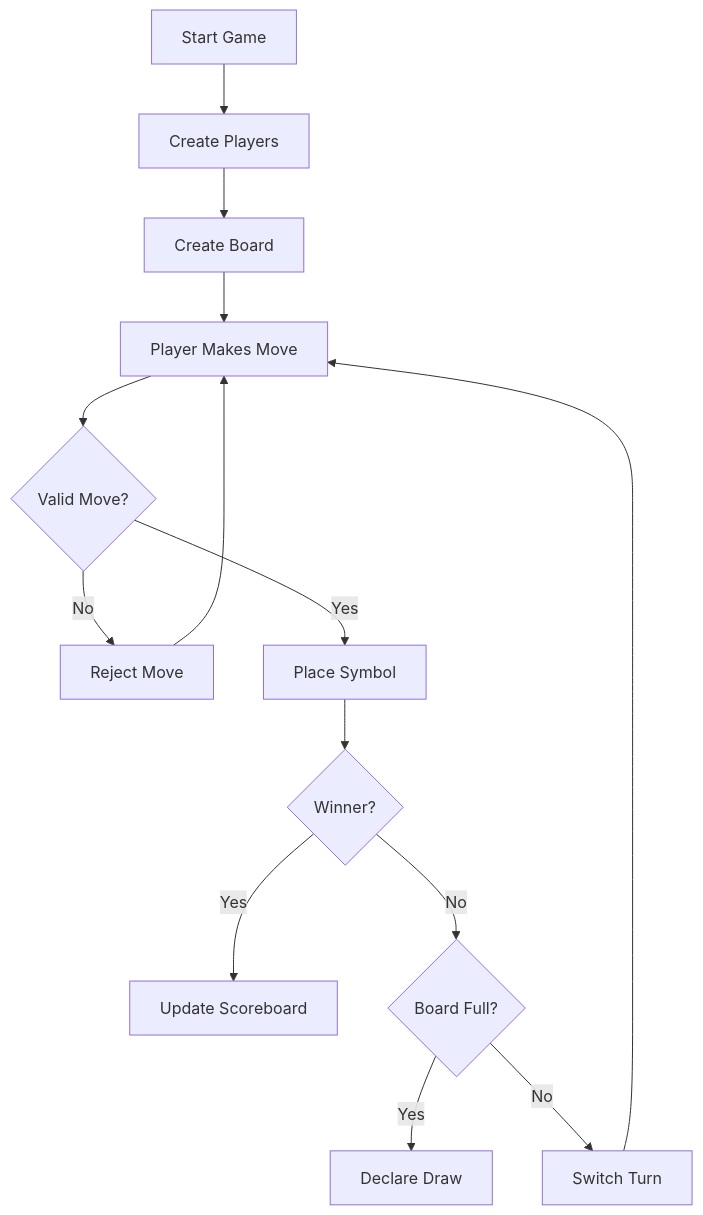
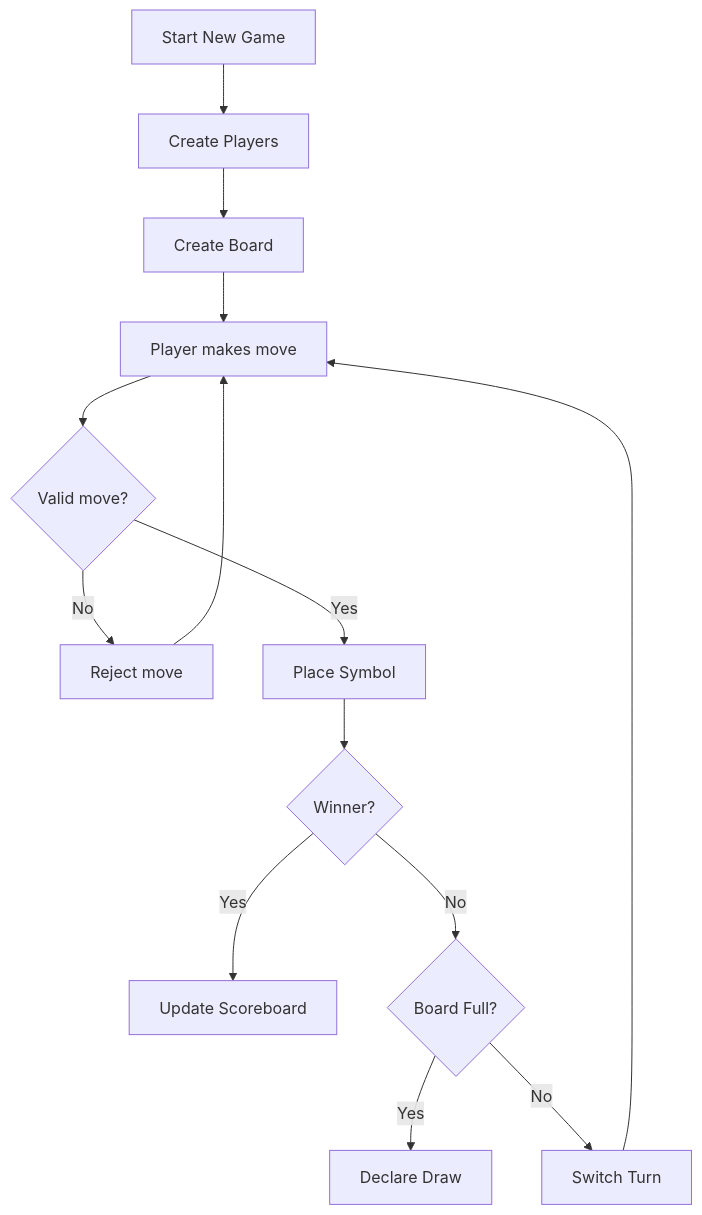
One commit to mthaiseer/springcloud-systemdesign-notes changed the first of 8 diagrams in LLD_NOTES/tic_tac_toe_lld_reference.md. Above: the diagram before and after it, drawn with Mermaid. The commit also changed other lines of this file, not shown here.

````diff
--- a/LLD_NOTES/tic_tac_toe_lld_reference.md
+++ b/LLD_NOTES/tic_tac_toe_lld_reference.md
@@ -24,16 +31,16 @@
 ```mermaid
 flowchart TD
-    A[Start Game] --> B[Create Players]
+    A[Start New Game] --> B[Create Players]
     B --> C[Create Board]
-    C --> D[Player Makes Move]
-    D --> E{Valid Move?}
-    E -- No --> F[Reject Move]
+    C --> D[Player makes move]
+    D --> E{Valid move?}
+    E -- No --> F[Reject move]
     F --> D
     E -- Yes --> G[Place Symbol]
     G --> H{Winner?}
     H -- Yes --> I[Update Scoreboard]
     H -- No --> J{Board Full?}
     J -- Yes --> K[Declare Draw]
     J -- No --> L[Switch Turn]
     L --> D
 ```
````
